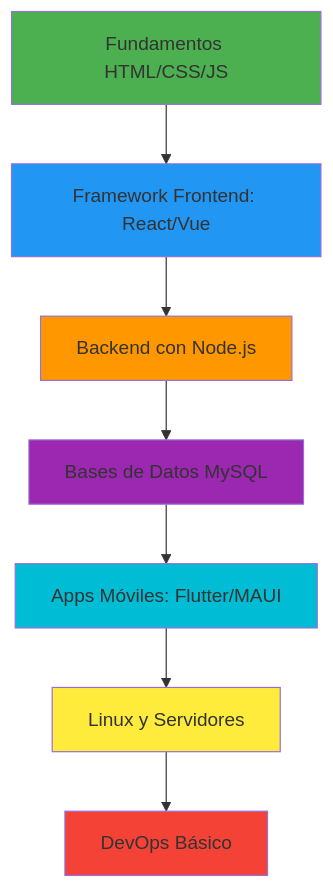
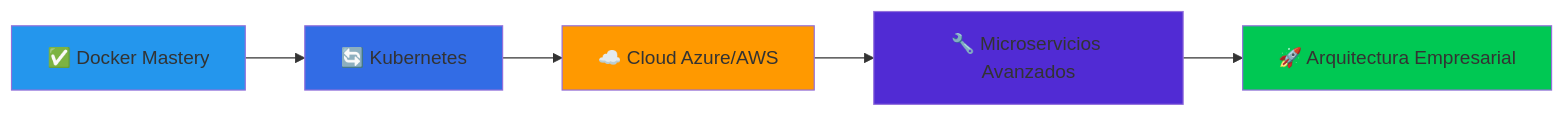
One commit to Doker367/Doker367 changed the diagram in README.md. Above: the diagram before and after it, drawn with Mermaid. The commit also changed other lines of this file, not shown here.

````diff
--- a/README.md
+++ b/README.md
@@ -176,17 +295,13 @@
 ```mermaid
-graph TD
-    A[Fundamentos HTML/CSS/JS] --> B[Framework Frontend: React/Vue]
-    B --> C[Backend con Node.js]
-    C --> D[Bases de Datos MySQL]
-    D --> E[Apps Móviles: Flutter/MAUI]
-    E --> F[Linux y Servidores]
-    F --> G[DevOps Básico]
+graph LR
+    A[✅ Docker Mastery] --> B[🔄 Kubernetes]
+    B --> C[☁️ Cloud Azure/AWS]
+    C --> D[🔧 Microservicios Avanzados]
+    D --> E[🚀 Arquitectura Empresarial]
     
-    style A fill:#4CAF50
-    style B fill:#2196F3
-    style C fill:#FF9800
-    style D fill:#9C27B0
-    style E fill:#00BCD4
-    style F fill:#FFEB3B
-    style G fill:#F44336
+    style A fill:#2496ED
+    style B fill:#326CE5
+    style C fill:#FF9900
+    style D fill:#512BD4
+    style E fill:#00C853
 ```
````
